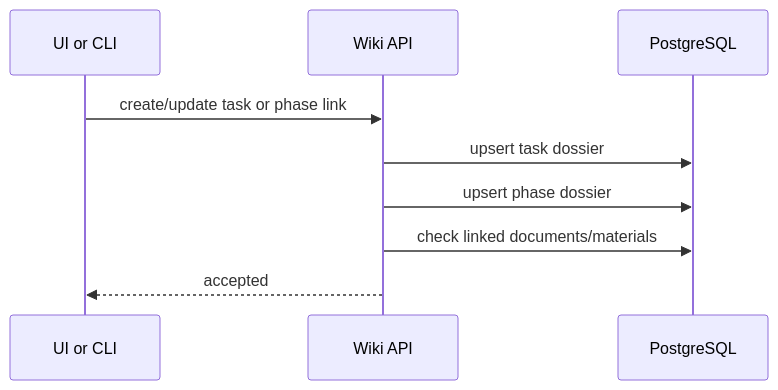
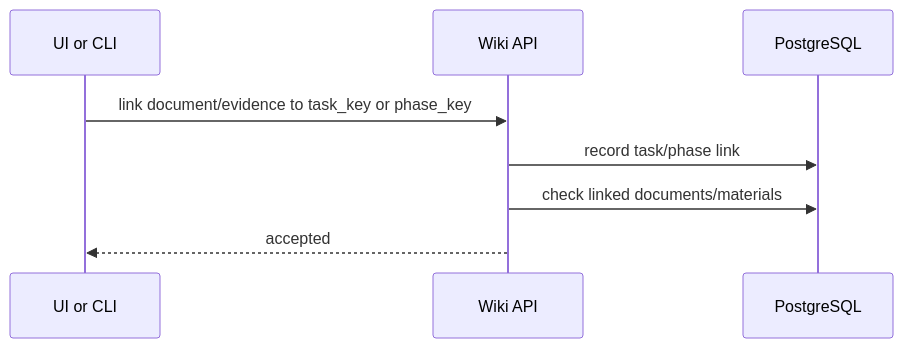
The diagram in docs/architecture/sequences/workflow-phase-sync.md (FerrPOINT/wiki), drawn with Mermaid before and after one commit. The commit also changed other lines of this file and 58 other files, not shown here.

````diff
--- a/docs/architecture/sequences/workflow-phase-sync.md
+++ b/docs/architecture/sequences/workflow-phase-sync.md
@@ -3,11 +3,10 @@
 ```mermaid
 sequenceDiagram
     participant W as UI or CLI
     participant A as Wiki API
     participant D as PostgreSQL
-    W->>A: create/update task or phase link
-    A->>D: upsert task dossier
-    A->>D: upsert phase dossier
+    W->>A: link document/evidence to task_key or phase_key
+    A->>D: record task/phase link
     A->>D: check linked documents/materials
     A-->>W: accepted
 ```
````
